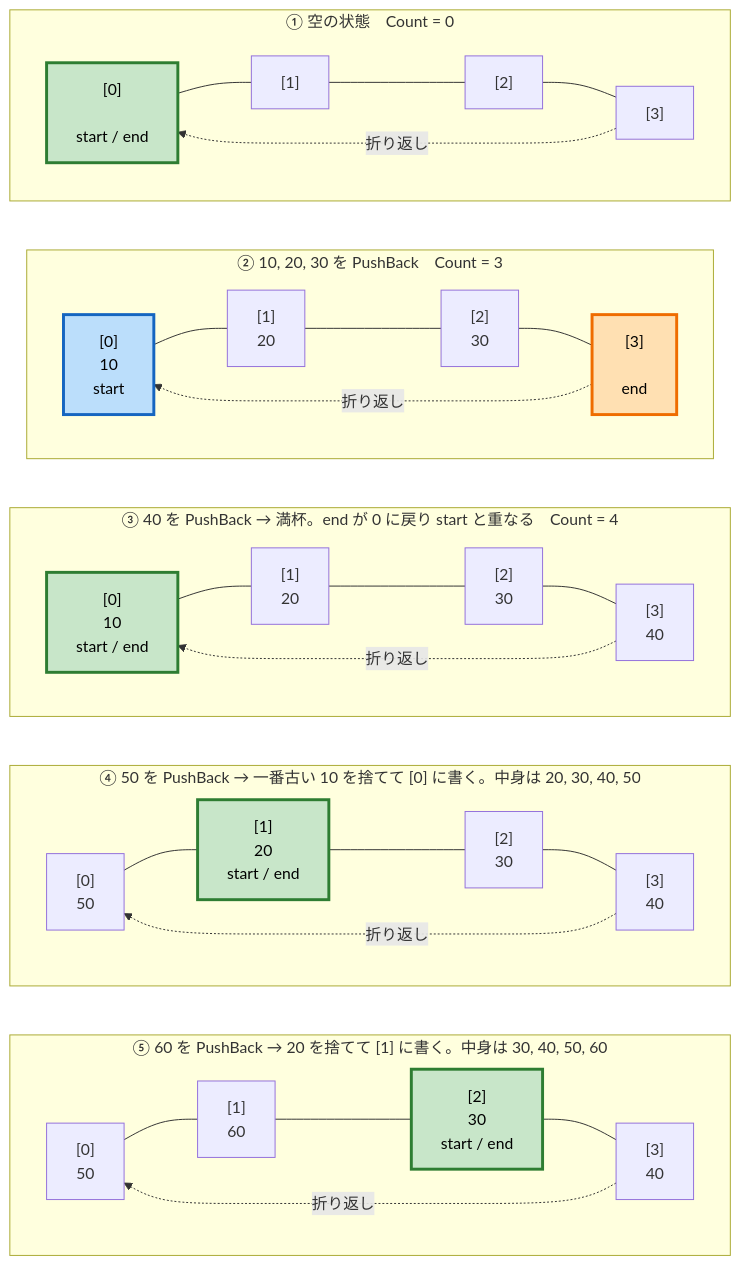
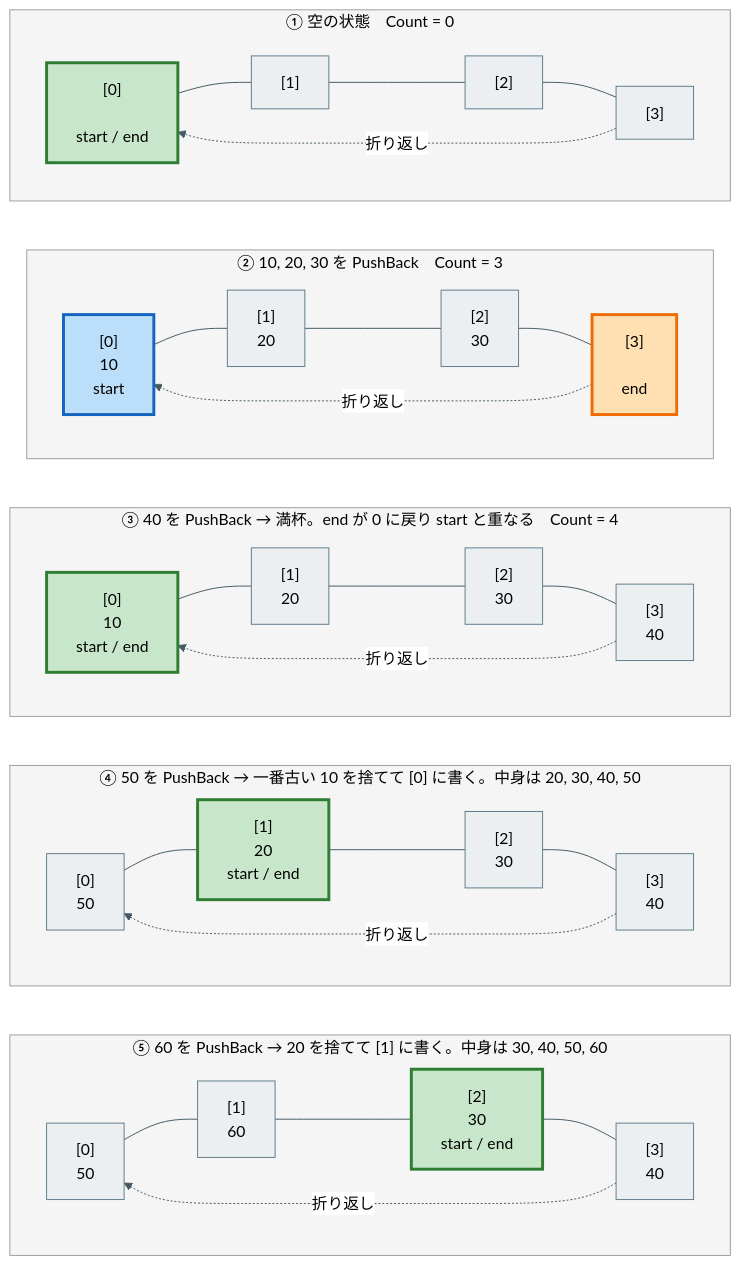
One commit to AraiYuhki/XGraphs changed the first of 2 diagrams in README.md. Above: the diagram before and after it, drawn with Mermaid. The commit also changed other lines of this file and 1 other file, not shown here.

Commit message:
docs: keep README diagrams readable in dark theme
Pin the Mermaid diagrams to a light palette with an init directive and
give every node, subgraph and link an explicit color, so the diagrams
stay readable when GitHub renders them with the dark theme (and even if
the init directive is ignored).

````diff
--- a/README.md
+++ b/README.md
@@ -110,36 +110,45 @@
 ```mermaid
+%%{init: {"theme": "base", "themeVariables": {"background": "#ffffff", "primaryColor": "#eceff1", "primaryTextColor": "#000000", "primaryBorderColor": "#607d8b", "lineColor": "#455a64", "clusterBkg": "#f5f5f5", "clusterBorder": "#9e9e9e", "titleColor": "#000000", "edgeLabelBackground": "#ffffff"}}}%%
 flowchart TB
     subgraph S1["① 空の状態　Count = 0"]
         direction LR
         a0["[0]<br>　<br>start / end"] --- a1["[1]<br>　"] --- a2["[2]<br>　"] --- a3["[3]<br>　"]
         a3 -.->|折り返し| a0
     end
     subgraph S2["② 10, 20, 30 を PushBack　Count = 3"]
         direction LR
         b0["[0]<br>10<br>start"] --- b1["[1]<br>20"] --- b2["[2]<br>30"] --- b3["[3]<br>　<br>end"]
         b3 -.->|折り返し| b0
     end
     subgraph S3["③ 40 を PushBack → 満杯。end が 0 に戻り start と重なる　Count = 4"]
         direction LR
         c0["[0]<br>10<br>start / end"] --- c1["[1]<br>20"] --- c2["[2]<br>30"] --- c3["[3]<br>40"]
         c3 -.->|折り返し| c0
     end
     subgraph S4["④ 50 を PushBack → 一番古い 10 を捨てて [0] に書く。中身は 20, 30, 40, 50"]
         direction LR
         d0["[0]<br>50"] --- d1["[1]<br>20<br>start / end"] --- d2["[2]<br>30"] --- d3["[3]<br>40"]
         d3 -.->|折り返し| d0
     end
     subgraph S5["⑤ 60 を PushBack → 20 を捨てて [1] に書く。中身は 30, 40, 50, 60"]
         direction LR
         e0["[0]<br>50"] --- e1["[1]<br>60"] --- e2["[2]<br>30<br>start / end"] --- e3["[3]<br>40"]
         e3 -.->|折り返し| e0
     end
     S1 ~~~ S2 ~~~ S3 ~~~ S4 ~~~ S5
 
+
+    classDef default fill:#eceff1,stroke:#607d8b,color:#000
+    style S1 fill:#f5f5f5,stroke:#9e9e9e,color:#000
+    style S2 fill:#f5f5f5,stroke:#9e9e9e,color:#000
+    style S3 fill:#f5f5f5,stroke:#9e9e9e,color:#000
+    style S4 fill:#f5f5f5,stroke:#9e9e9e,color:#000
+    style S5 fill:#f5f5f5,stroke:#9e9e9e,color:#000
+    linkStyle default stroke:#455a64
     classDef startEnd fill:#c8e6c9,stroke:#2e7d32,stroke-width:3px,color:#000
     classDef start fill:#bbdefb,stroke:#1565c0,stroke-width:3px,color:#000
     classDef endSlot fill:#ffe0b2,stroke:#ef6c00,stroke-width:3px,color:#000
     class a0,c0,d1,e2 startEnd
     class b0 start
     class b3 endSlot
 ```
````
